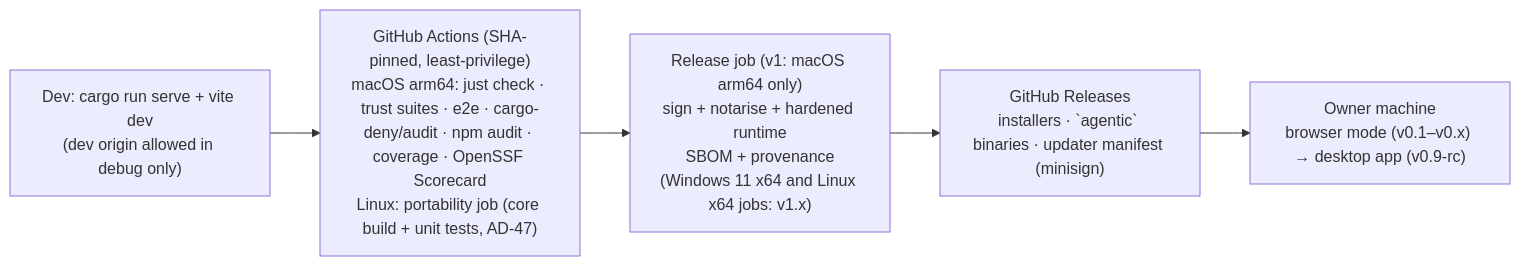
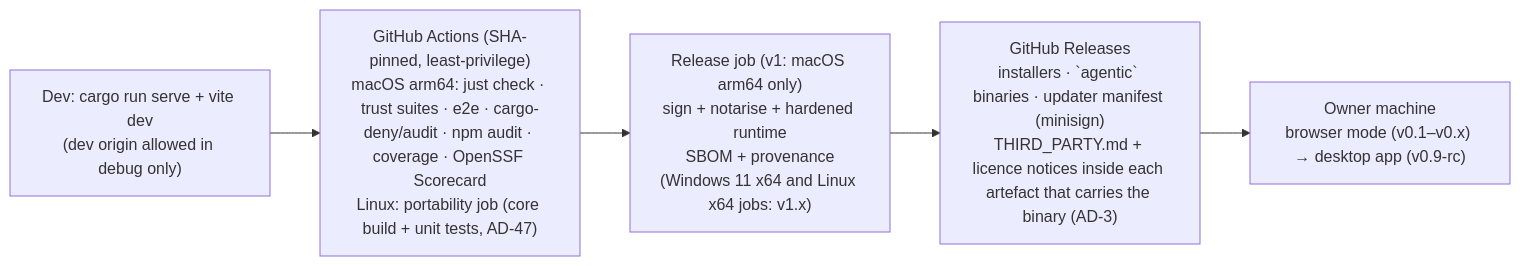
Before and after one commit to energyatom/agentic-manager: the fourth of 5 diagrams in _bmad-output/initiative-agentic-manager/architecture-agentic-manager/architecture-agentic-manager.md, drawn with Mermaid. The commit also changed other lines of this file and 24 other files, not shown here.

````diff
--- a/_bmad-output/initiative-agentic-manager/architecture-agentic-manager/architecture-agentic-manager.md
+++ b/_bmad-output/initiative-agentic-manager/architecture-agentic-manager/architecture-agentic-manager.md
@@ -657,7 +658,7 @@
 ```mermaid
 flowchart LR
   Dev["Dev: cargo run serve + vite dev<br/>(dev origin allowed in debug only)"] --> CI
   CI["GitHub Actions (SHA-pinned, least-privilege)<br/>macOS arm64: just check · trust suites · e2e · cargo-deny/audit · npm audit · coverage · OpenSSF Scorecard<br/>Linux: portability job (core build + unit tests, AD-47)"] --> Rel
-  Rel["Release job (v1: macOS arm64 only)<br/>sign + notarise + hardened runtime<br/>SBOM + provenance<br/>(Windows 11 x64 and Linux x64 jobs: v1.x)"] --> GH["GitHub Releases<br/>installers · `agentic` binaries · updater manifest (minisign)"]
+  Rel["Release job (v1: macOS arm64 only)<br/>sign + notarise + hardened runtime<br/>SBOM + provenance<br/>(Windows 11 x64 and Linux x64 jobs: v1.x)"] --> GH["GitHub Releases<br/>installers · `agentic` binaries · updater manifest (minisign)<br/>THIRD_PARTY.md + licence notices inside each artefact that carries the binary (AD-3)"]
   GH --> Owner["Owner machine<br/>browser mode (v0.1–v0.x) → desktop app (v0.9-rc)"]
 ```
````
